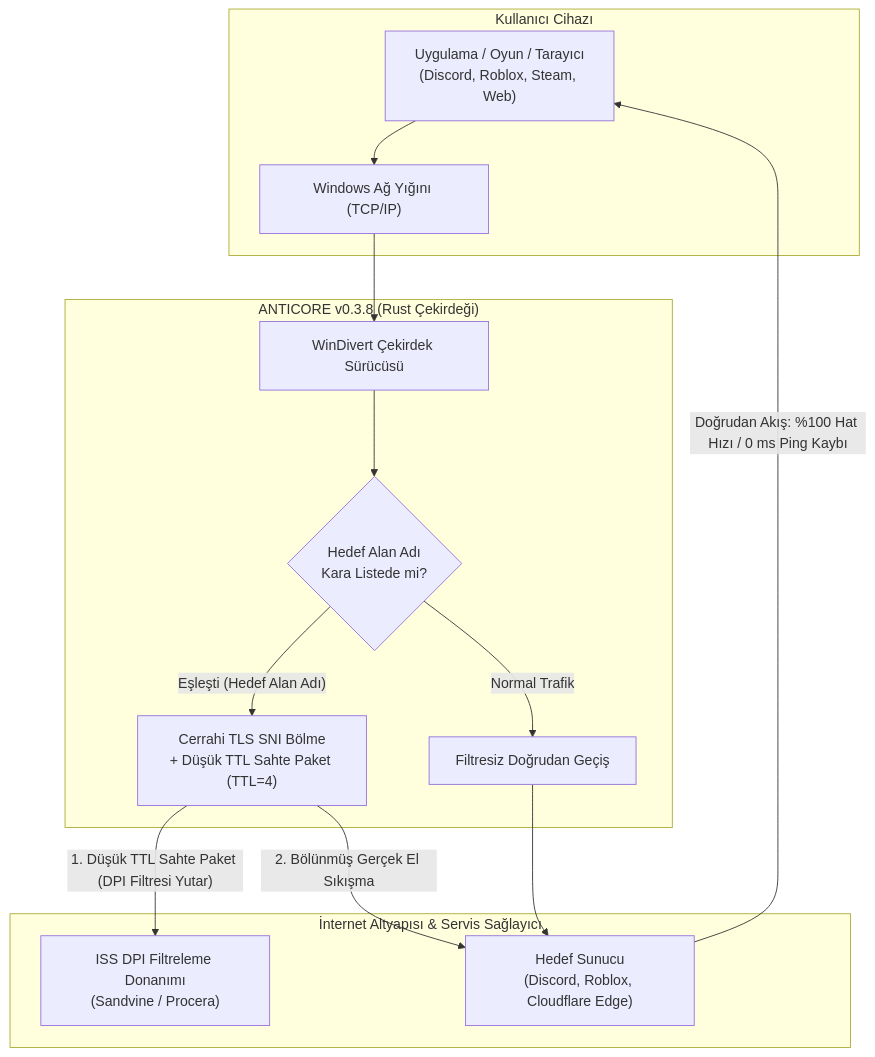
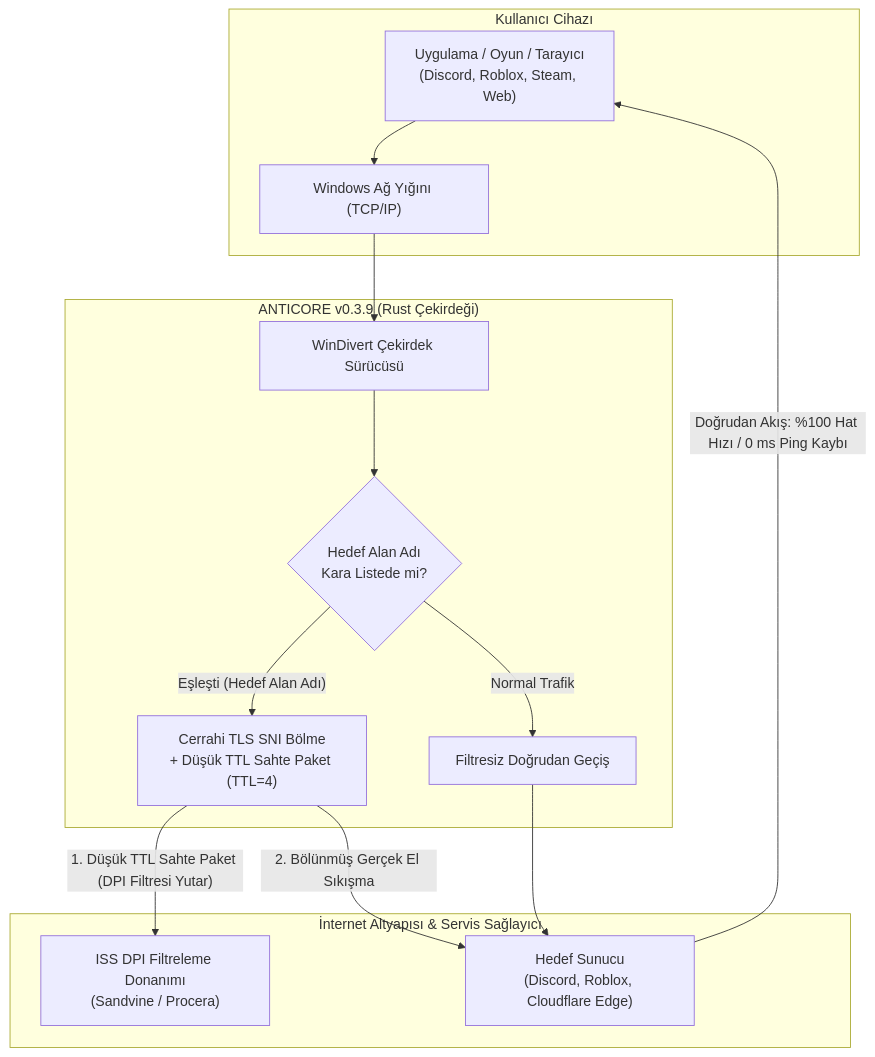
Before and after one commit to MonarchDevLab/Anticore: the diagram in README.md, drawn with Mermaid. The commit also changed other lines of this file and 25 other files, not shown here.

````diff
--- a/README.md
+++ b/README.md
@@ -513,29 +513,29 @@
 ```mermaid
 flowchart TD
     subgraph Client["Kullanıcı Cihazı"]
         App["Uygulama / Oyun / Tarayıcı\n(Discord, Roblox, Steam, Web)"]
         TCPIP["Windows Ağ Yığını (TCP/IP)"]
     end
 
-    subgraph AnticoreEngine["ANTICORE v0.3.8 (Rust Çekirdeği)"]
+    subgraph AnticoreEngine["ANTICORE v0.3.9 (Rust Çekirdeği)"]
         WD["WinDivert Çekirdek Sürücüsü"]
         Check{"Hedef Alan Adı\nKara Listede mi?"}
         Manip["Cerrahi TLS SNI Bölme\n+ Düşük TTL Sahte Paket (TTL=4)"]
         Bypass["Filtresiz Doğrudan Geçiş"]
     end
 
     subgraph Net["İnternet Altyapısı & Servis Sağlayıcı"]
         ISP["ISS DPI Filtreleme Donanımı\n(Sandvine / Procera)"]
         Target["Hedef Sunucu\n(Discord, Roblox, Cloudflare Edge)"]
     end
 
     App --> TCPIP
     TCPIP --> WD
     WD --> Check
     Check -- "Eşleşti (Hedef Alan Adı)" --> Manip
     Check -- "Normal Trafik" --> Bypass
     Manip -- "1. Düşük TTL Sahte Paket (DPI Filtresi Yutar)" --> ISP
     Manip -- "2. Bölünmüş Gerçek El Sıkışma" --> Target
     Bypass --> Target
     Target -->|"Doğrudan Akış: %100 Hat Hızı / 0 ms Ping Kaybı"| App
 ```
````
